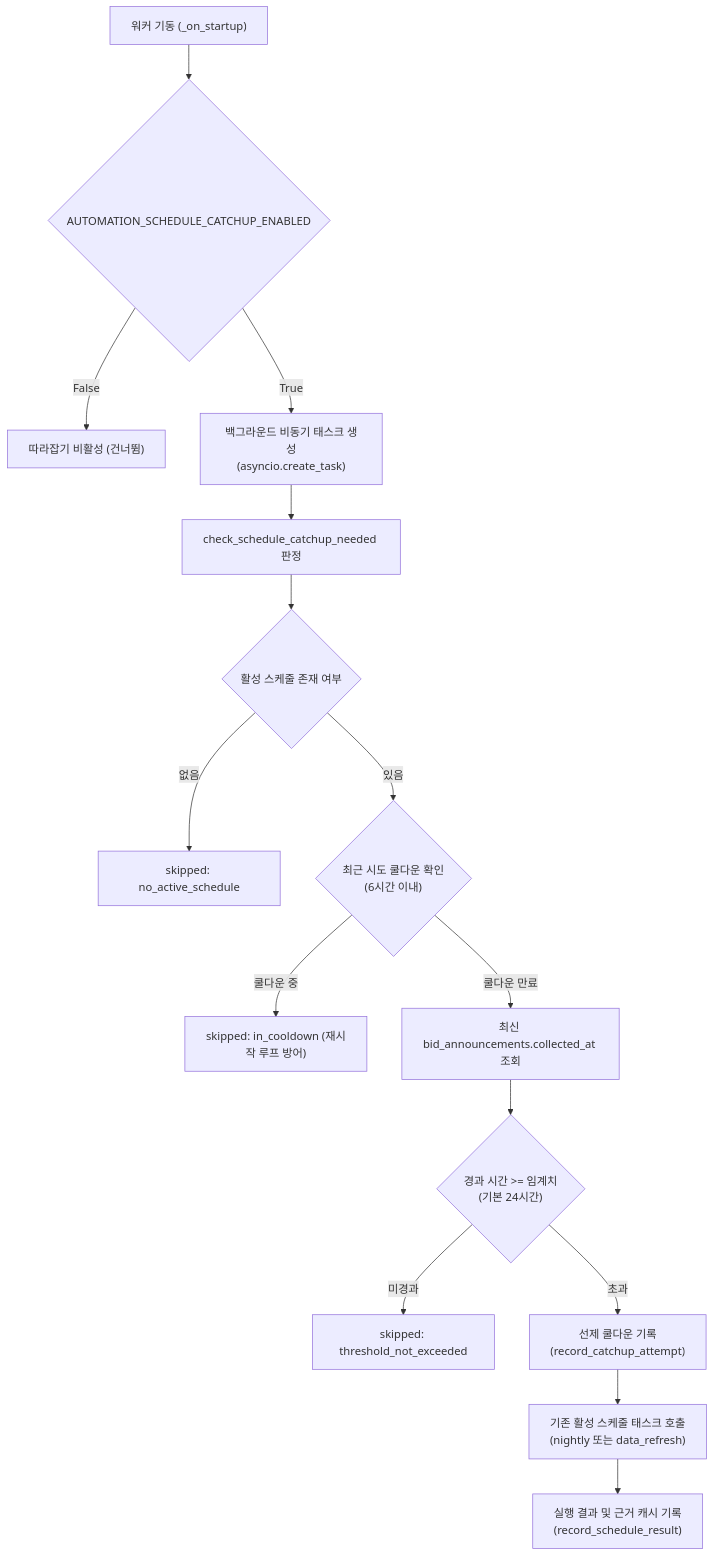
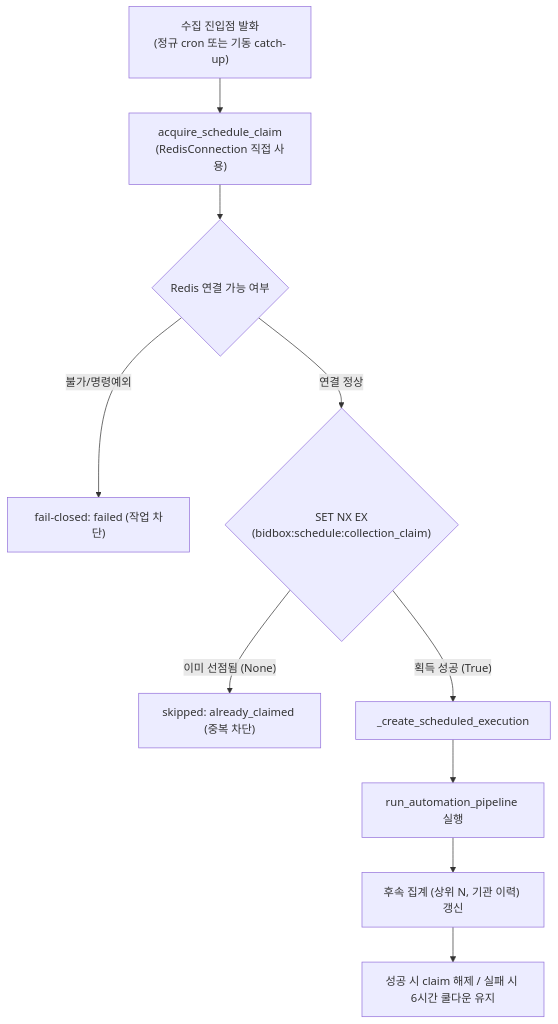
Before and after one commit to kwanbum217/refac_bid_box: the diagram in docs/ops/scheduling.md, drawn with Mermaid. The commit also changed other lines of this file and 6 other files, not shown here.

Commit message:
fix: enforce atomic redis claim for schedule and catch-up

````diff
--- a/docs/ops/scheduling.md
+++ b/docs/ops/scheduling.md
@@ -38,17 +38,12 @@
 ```mermaid
 flowchart TD
-    A["워커 기동 (_on_startup)"] --> B{"AUTOMATION_SCHEDULE_CATCHUP_ENABLED"}
-    B -- False --> C["따라잡기 비활성 (건너뜀)"]
-    B -- True --> D["백그라운드 비동기 태스크 생성<br/>(asyncio.create_task)"]
-    D --> E["check_schedule_catchup_needed 판정"]
-    E --> F{"활성 스케줄 존재 여부"}
-    F -- 없음 --> G["skipped: no_active_schedule"]
-    F -- 있음 --> H{"최근 시도 쿨다운 확인<br/>(6시간 이내)"}
-    H -- 쿨다운 중 --> I["skipped: in_cooldown (재시작 루프 방어)"]
-    H -- 쿨다운 만료 --> J["최신 bid_announcements.collected_at 조회"]
-    J --> K{"경과 시간 >= 임계치<br/>(기본 24시간)"}
-    K -- 미경과 --> L["skipped: threshold_not_exceeded"]
-    K -- 초과 --> M["선제 쿨다운 기록<br/>(record_catchup_attempt)"]
-    M --> N["기존 활성 스케줄 태스크 호출<br/>(nightly 또는 data_refresh)"]
-    N --> O["실행 결과 및 근거 캐시 기록<br/>(record_schedule_result)"]
+    A["수집 진입점 발화<br/>(정규 cron 또는 기동 catch-up)"] --> B["acquire_schedule_claim<br/>(RedisConnection 직접 사용)"]
+    B --> C{"Redis 연결 가능 여부"}
+    C -- 불가/명령예외 --> D["fail-closed: failed (작업 차단)"]
+    C -- 연결 정상 --> E{"SET NX EX<br/>(bidbox:schedule:collection_claim)"}
+    E -- 이미 선점됨 (None) --> F["skipped: already_claimed (중복 차단)"]
+    E -- 획득 성공 (True) --> G["_create_scheduled_execution"]
+    G --> H["run_automation_pipeline 실행"]
+    H --> I["후속 집계 (상위 N, 기관 이력) 갱신"]
+    I --> J["성공 시 claim 해제 / 실패 시 6시간 쿨다운 유지"]
 ```
````
